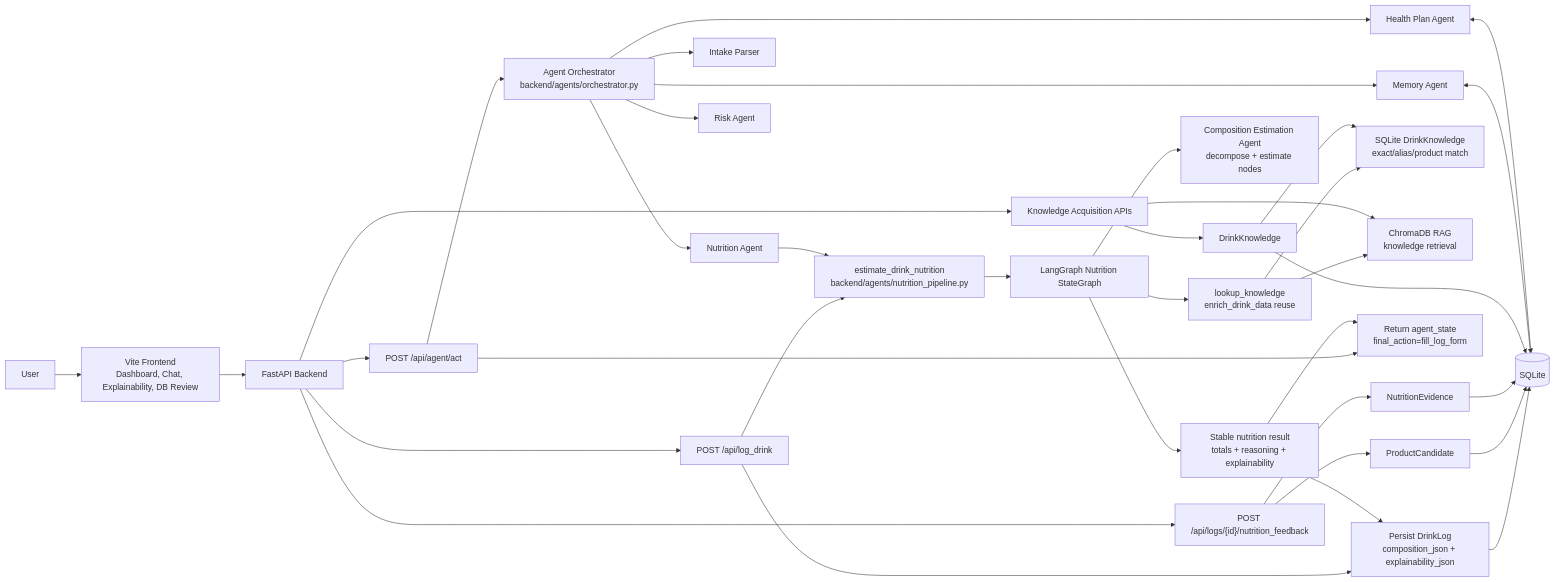
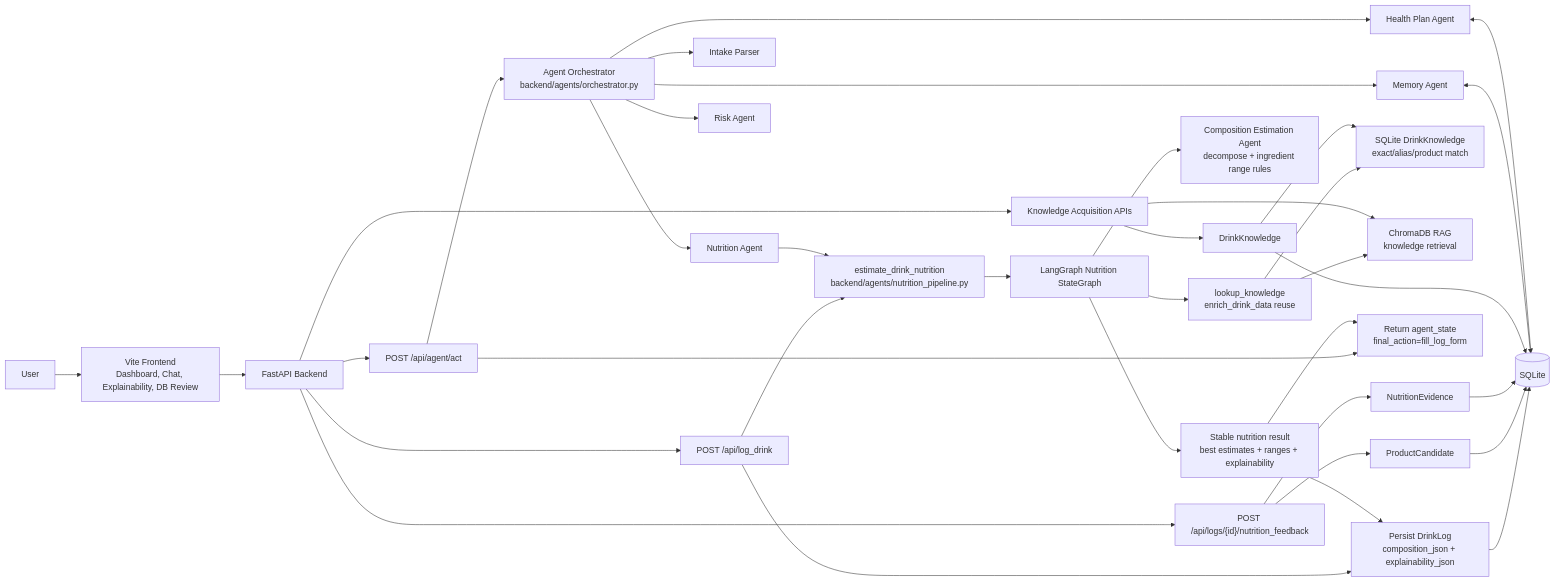
The first of 4 diagrams in docs/architecture.md (Jessiegantang/Caffeine-and-Sugar-Tracker-----), drawn with Mermaid before and after one commit. The commit also changed other lines of this file and 11 other files, not shown here.

````diff
--- a/docs/architecture.md
+++ b/docs/architecture.md
@@ -10,46 +10,46 @@
 ```mermaid
 flowchart LR
     User["User"] --> Frontend["Vite Frontend<br/>Dashboard, Chat, Explainability, DB Review"]
     Frontend --> API["FastAPI Backend"]
 
     API --> ManualLog["POST /api/log_drink"]
     API --> AgentAct["POST /api/agent/act"]
     API --> Feedback["POST /api/logs/{id}/nutrition_feedback"]
     API --> Review["Knowledge Acquisition APIs"]
 
     AgentAct --> Orchestrator["Agent Orchestrator<br/>backend/agents/orchestrator.py"]
     Orchestrator --> Intake["Intake Parser"]
     Orchestrator --> NutritionAgent["Nutrition Agent"]
     Orchestrator --> Risk["Risk Agent"]
     Orchestrator --> Memory["Memory Agent"]
     Orchestrator --> Plan["Health Plan Agent"]
 
     ManualLog --> Pipeline["estimate_drink_nutrition<br/>backend/agents/nutrition_pipeline.py"]
     NutritionAgent --> Pipeline
 
     Pipeline --> Graph["LangGraph Nutrition StateGraph"]
     Graph --> Enrichment["lookup_knowledge<br/>enrich_drink_data reuse"]
     Enrichment --> SQL["SQLite DrinkKnowledge<br/>exact/alias/product match"]
     Enrichment --> RAG["ChromaDB RAG<br/>knowledge retrieval"]
-    Graph --> Composition["Composition Estimation Agent<br/>decompose + estimate nodes"]
-    Graph --> Result["Stable nutrition result<br/>totals + reasoning + explainability"]
+    Graph --> Composition["Composition Estimation Agent<br/>decompose + ingredient range rules"]
+    Graph --> Result["Stable nutrition result<br/>best estimates + ranges + explainability"]
 
     ManualLog --> PersistLog["Persist DrinkLog<br/>composition_json + explainability_json"]
     Result --> PersistLog
 
     AgentAct --> Draft["Return agent_state<br/>final_action=fill_log_form"]
     Result --> Draft
 
     Feedback --> Candidate["ProductCandidate"]
     Feedback --> Evidence["NutritionEvidence"]
     Review --> Knowledge["DrinkKnowledge"]
     Knowledge --> SQL
     Review --> RAG
 
     PersistLog --> DB[("SQLite")]
     Candidate --> DB
     Evidence --> DB
     Knowledge --> DB
     Memory <--> DB
     Plan <--> DB
 ```
````
